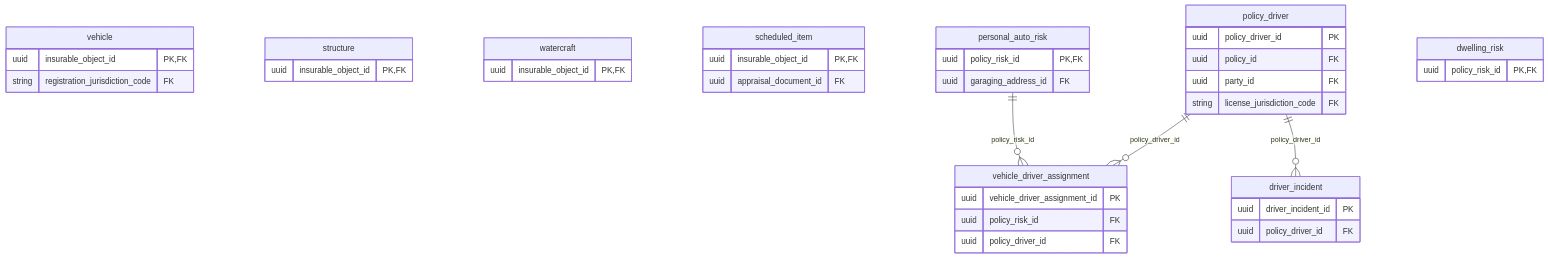
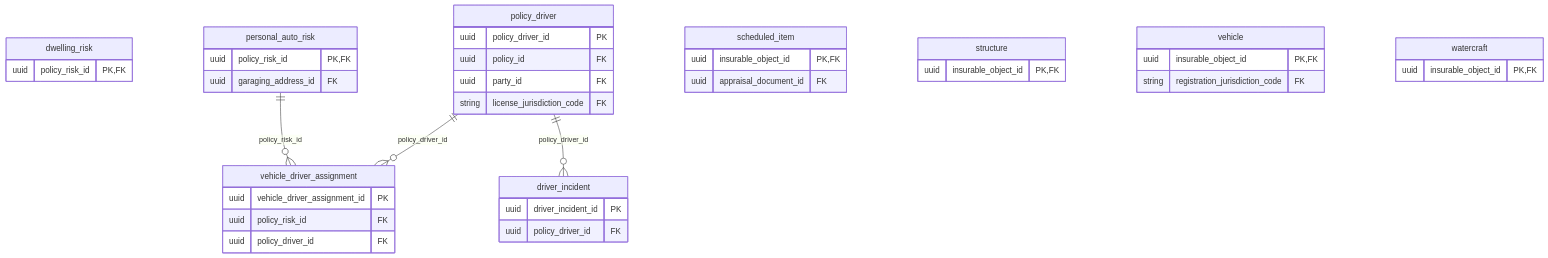
One commit to EricHeasley/InsuranceDataModel changed the seventh of 13 diagrams in docs/diagrams.md. Above: the diagram before and after it, drawn with Mermaid. The commit also changed other lines of this file and 300 other files, not shown here.

First line of the commit message:
Make standard JSON Schema files the source of the model

````diff
--- a/docs/diagrams.md
+++ b/docs/diagrams.md
@@ -446,42 +446,42 @@
 ```mermaid
 erDiagram
-  vehicle {
-    uuid insurable_object_id PK,FK
-    string registration_jurisdiction_code FK
+  driver_incident {
+    uuid driver_incident_id PK
+    uuid policy_driver_id FK
   }
-  structure {
-    uuid insurable_object_id PK,FK
-  }
-  watercraft {
-    uuid insurable_object_id PK,FK
-  }
-  scheduled_item {
-    uuid insurable_object_id PK,FK
-    uuid appraisal_document_id FK
+  dwelling_risk {
+    uuid policy_risk_id PK,FK
   }
   personal_auto_risk {
     uuid policy_risk_id PK,FK
     uuid garaging_address_id FK
   }
   policy_driver {
     uuid policy_driver_id PK
     uuid policy_id FK
     uuid party_id FK
     string license_jurisdiction_code FK
   }
-  driver_incident {
-    uuid driver_incident_id PK
-    uuid policy_driver_id FK
+  scheduled_item {
+    uuid insurable_object_id PK,FK
+    uuid appraisal_document_id FK
+  }
+  structure {
+    uuid insurable_object_id PK,FK
+  }
+  vehicle {
+    uuid insurable_object_id PK,FK
+    string registration_jurisdiction_code FK
   }
   vehicle_driver_assignment {
     uuid vehicle_driver_assignment_id PK
     uuid policy_risk_id FK
     uuid policy_driver_id FK
   }
-  dwelling_risk {
-    uuid policy_risk_id PK,FK
+  watercraft {
+    uuid insurable_object_id PK,FK
   }
   policy_driver ||--o{ driver_incident : "policy_driver_id"
   personal_auto_risk ||--o{ vehicle_driver_assignment : "policy_risk_id"
   policy_driver ||--o{ vehicle_driver_assignment : "policy_driver_id"
 ```
````
